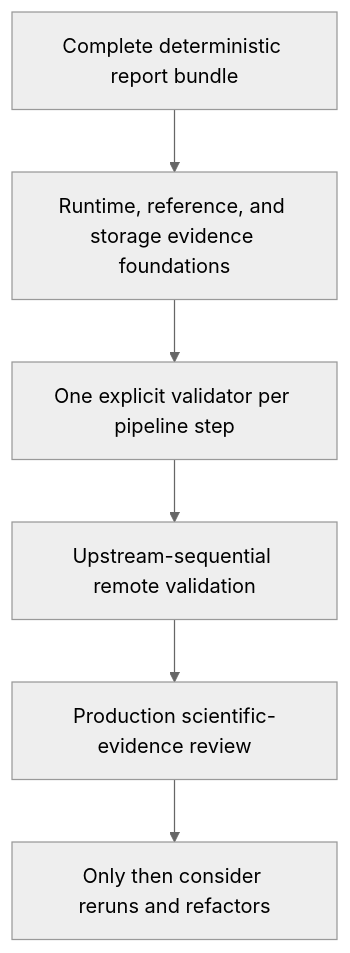
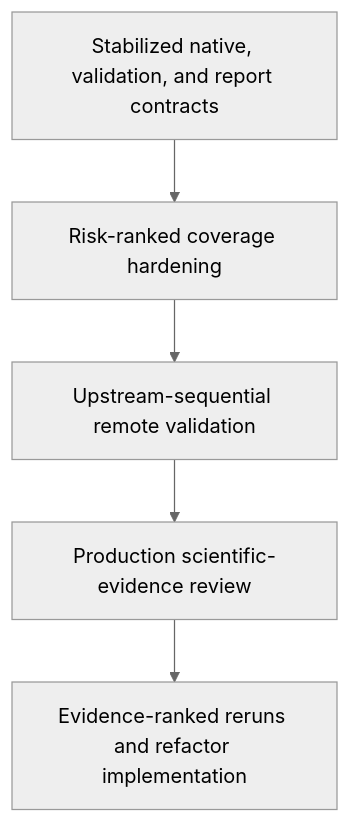
The diagram in docs/architecture/diagrams/future_roadmap_sequence.mmd (lab-cats/EMRYS), drawn with Mermaid (neutral theme) before and after one commit. The commit also changed 10 other files, not shown here.

```diff
--- a/docs/architecture/diagrams/future_roadmap_sequence.mmd
+++ b/docs/architecture/diagrams/future_roadmap_sequence.mmd
@@ -1,6 +1,5 @@
 flowchart TB
-    reports["Complete deterministic report bundle"] --> foundations["Runtime, reference, and storage evidence foundations"]
-    foundations --> validators["One explicit validator per pipeline step"]
-    validators --> remote["Upstream-sequential remote validation"]
+    contracts["Stabilized native, validation, and report contracts"] --> coverage["Risk-ranked coverage hardening"]
+    coverage --> remote["Upstream-sequential remote validation"]
     remote --> science["Production scientific-evidence review"]
-    science --> later["Only then consider reruns and refactors"]
+    science --> later["Evidence-ranked reruns and refactor implementation"]
```
